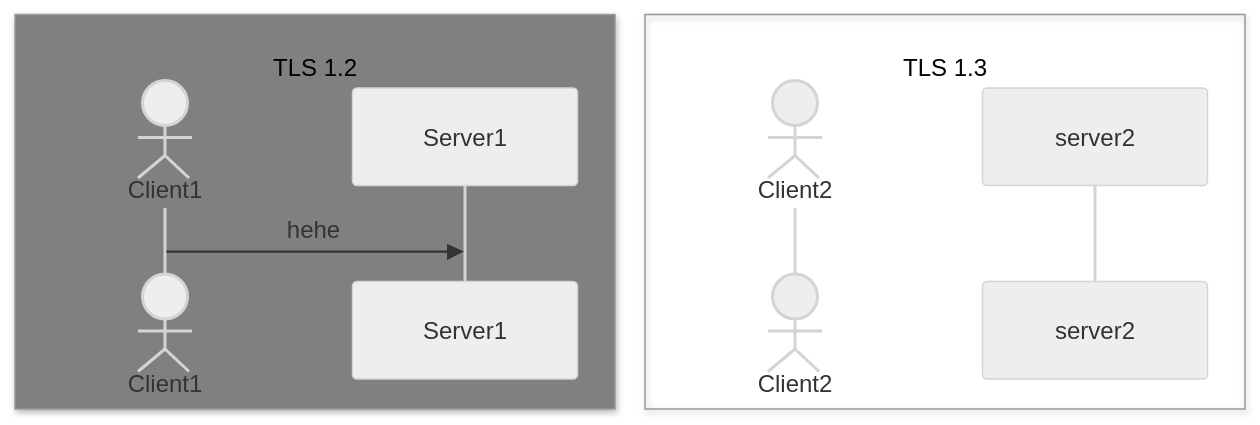
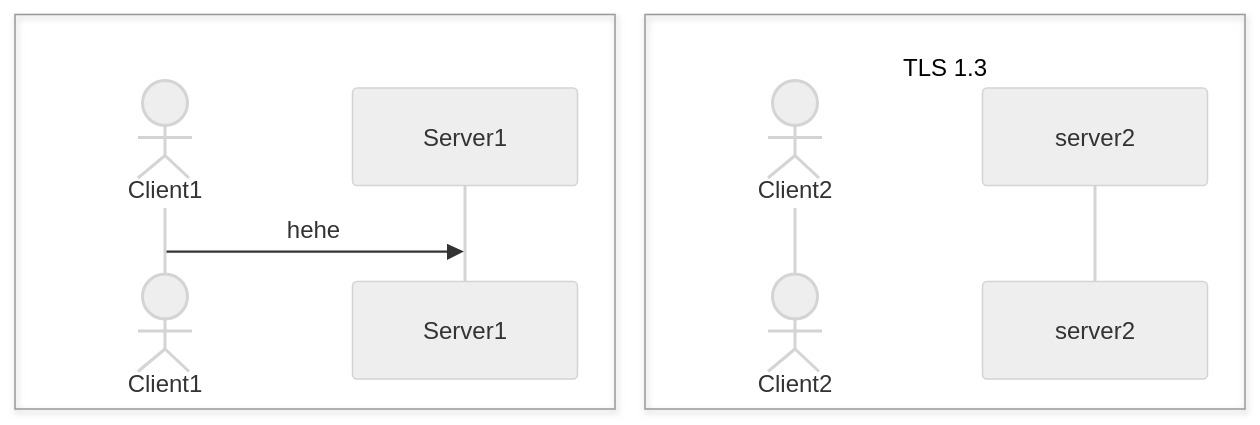
Before and after one commit to jtaverne/ovh: the third of 3 diagrams in tls_1.3.md, drawn with Mermaid.

````diff
--- a/tls_1.3.md
+++ b/tls_1.3.md
@@ -37,13 +37,13 @@
 ```mermaid
 %%{init: {'theme': 'neutral' } }%%
 sequenceDiagram
-    box Grey <br/>TLS 1.2
+    box #DDDDDD <br/>TLS 1.2
     actor Client1
     participant Server1
     end
     box <br/>TLS 1.3
     actor Client2
     participant server2
     end
 Client1 ->> Server1 : hehe
 ```
````
